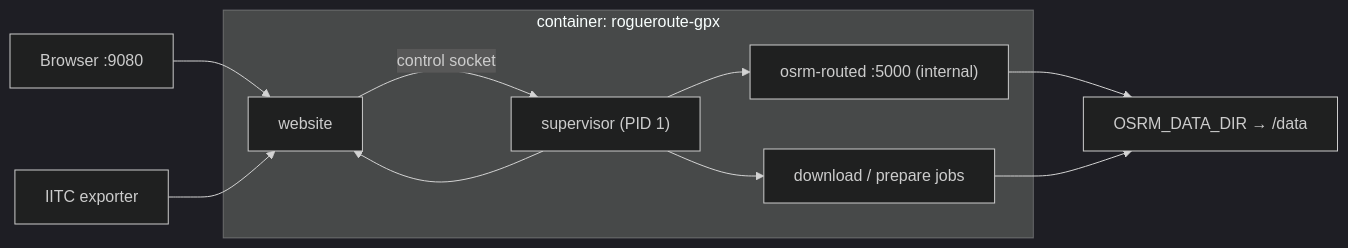
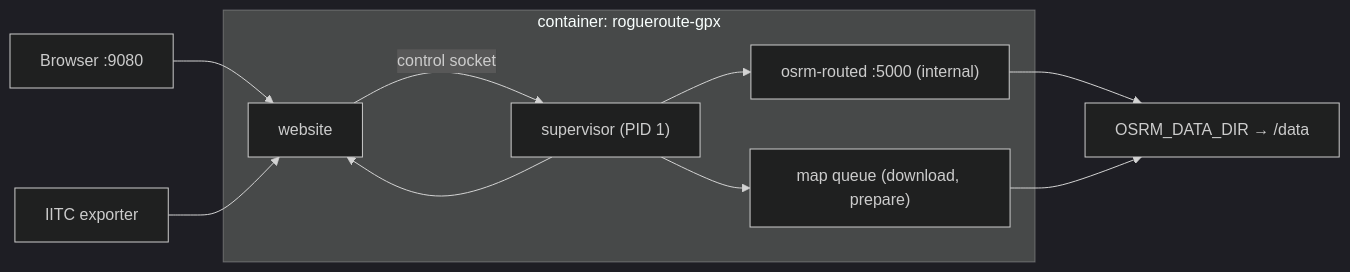
Before and after one commit to RogueAssassin/RogueRoute-GPX: the diagram in README.md, drawn with Mermaid (dark theme). The commit also changed other lines of this file and 39 other files, not shown here.

First line of the commit message:
feat(maps): background map queue, /maps status page, v13.1.0

````diff
--- a/README.md
+++ b/README.md
@@ -69,13 +76,13 @@
 ```mermaid
 flowchart LR
     Browser["Browser :9080"] --> Web
     IITC["IITC exporter"] --> Web
     subgraph container["container: rogueroute-gpx"]
         Supervisor["supervisor (PID 1)"] --> Web["website"]
         Supervisor --> OSRM["osrm-routed :5000 (internal)"]
-        Supervisor --> Jobs["download / prepare jobs"]
+        Supervisor --> Jobs["map queue (download, prepare)"]
         Web -- "control socket" --> Supervisor
     end
     OSRM --> Maps["OSRM_DATA_DIR → /data"]
     Jobs --> Maps
 ```
````
